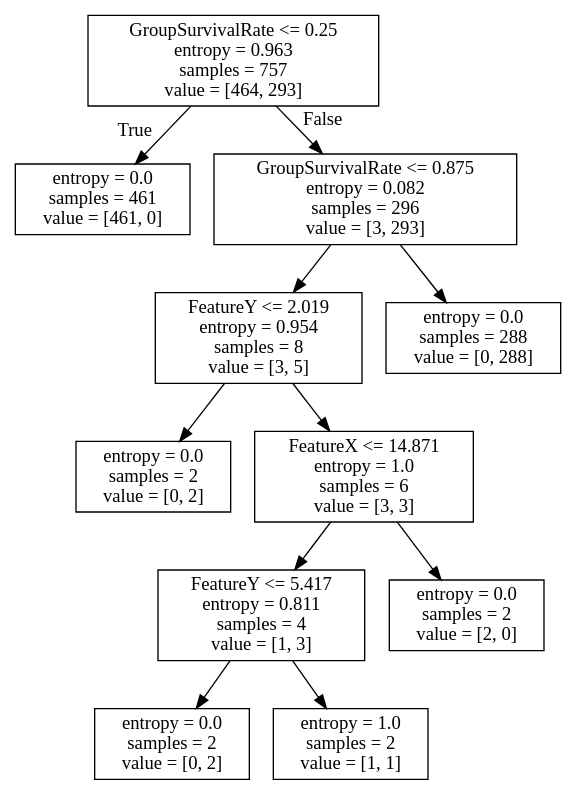
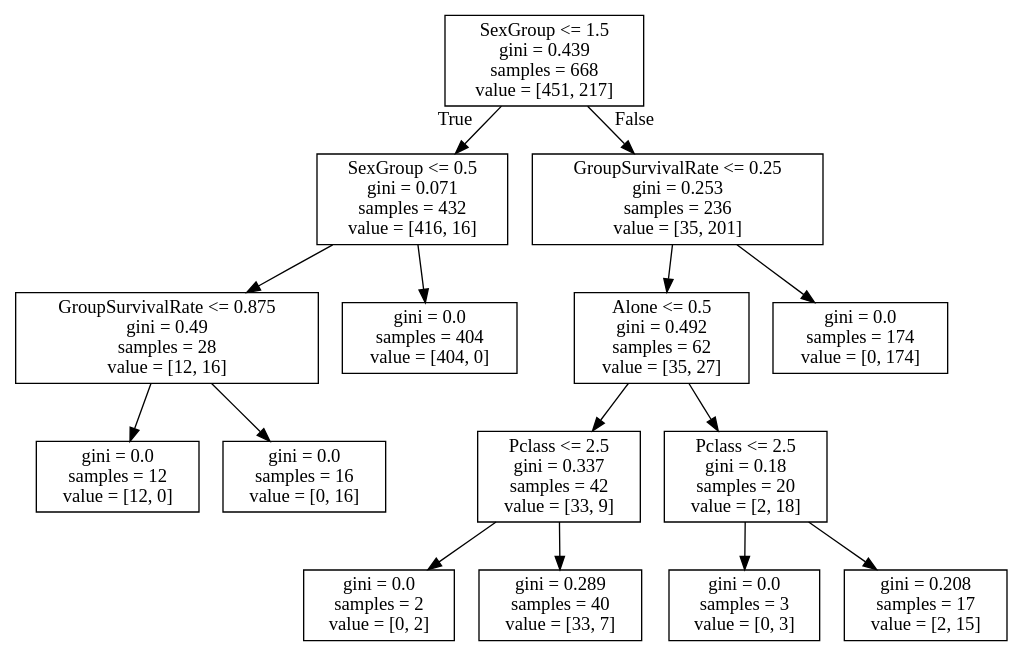
One commit to ZJouba/ADA-PG changed the diagram in Kaggle/Titanic/Source.gv. Above: the diagram before and after it, drawn with Graphviz. The commit also changed 12 other files, not shown here.

```diff
--- a/Kaggle/Titanic/Source.gv
+++ b/Kaggle/Titanic/Source.gv
@@ -1,24 +1,32 @@
 digraph Tree {
 node [shape=box] ;
-0 [label="GroupSurvivalRate <= 0.25\nentropy = 0.963\nsamples = 757\nvalue = [464, 293]"] ;
-1 [label="entropy = 0.0\nsamples = 461\nvalue = [461, 0]"] ;
+0 [label="SexGroup <= 1.5\ngini = 0.439\nsamples = 668\nvalue = [451, 217]"] ;
+1 [label="SexGroup <= 0.5\ngini = 0.071\nsamples = 432\nvalue = [416, 16]"] ;
 0 -> 1 [labeldistance=2.5, labelangle=45, headlabel="True"] ;
-2 [label="GroupSurvivalRate <= 0.875\nentropy = 0.082\nsamples = 296\nvalue = [3, 293]"] ;
-0 -> 2 [labeldistance=2.5, labelangle=-45, headlabel="False"] ;
-3 [label="FeatureY <= 2.019\nentropy = 0.954\nsamples = 8\nvalue = [3, 5]"] ;
+2 [label="GroupSurvivalRate <= 0.875\ngini = 0.49\nsamples = 28\nvalue = [12, 16]"] ;
+1 -> 2 ;
+3 [label="gini = 0.0\nsamples = 12\nvalue = [12, 0]"] ;
 2 -> 3 ;
-4 [label="entropy = 0.0\nsamples = 2\nvalue = [0, 2]"] ;
-3 -> 4 ;
-5 [label="FeatureX <= 14.871\nentropy = 1.0\nsamples = 6\nvalue = [3, 3]"] ;
-3 -> 5 ;
-6 [label="FeatureY <= 5.417\nentropy = 0.811\nsamples = 4\nvalue = [1, 3]"] ;
-5 -> 6 ;
-7 [label="entropy = 0.0\nsamples = 2\nvalue = [0, 2]"] ;
+4 [label="gini = 0.0\nsamples = 16\nvalue = [0, 16]"] ;
+2 -> 4 ;
+5 [label="gini = 0.0\nsamples = 404\nvalue = [404, 0]"] ;
+1 -> 5 ;
+6 [label="GroupSurvivalRate <= 0.25\ngini = 0.253\nsamples = 236\nvalue = [35, 201]"] ;
+0 -> 6 [labeldistance=2.5, labelangle=-45, headlabel="False"] ;
+7 [label="Alone <= 0.5\ngini = 0.492\nsamples = 62\nvalue = [35, 27]"] ;
 6 -> 7 ;
-8 [label="entropy = 1.0\nsamples = 2\nvalue = [1, 1]"] ;
-6 -> 8 ;
-9 [label="entropy = 0.0\nsamples = 2\nvalue = [2, 0]"] ;
-5 -> 9 ;
-10 [label="entropy = 0.0\nsamples = 288\nvalue = [0, 288]"] ;
-2 -> 10 ;
+8 [label="Pclass <= 2.5\ngini = 0.337\nsamples = 42\nvalue = [33, 9]"] ;
+7 -> 8 ;
+9 [label="gini = 0.0\nsamples = 2\nvalue = [0, 2]"] ;
+8 -> 9 ;
+10 [label="gini = 0.289\nsamples = 40\nvalue = [33, 7]"] ;
+8 -> 10 ;
+11 [label="Pclass <= 2.5\ngini = 0.18\nsamples = 20\nvalue = [2, 18]"] ;
+7 -> 11 ;
+12 [label="gini = 0.0\nsamples = 3\nvalue = [0, 3]"] ;
+11 -> 12 ;
+13 [label="gini = 0.208\nsamples = 17\nvalue = [2, 15]"] ;
+11 -> 13 ;
+14 [label="gini = 0.0\nsamples = 174\nvalue = [0, 174]"] ;
+6 -> 14 ;
 }
```
